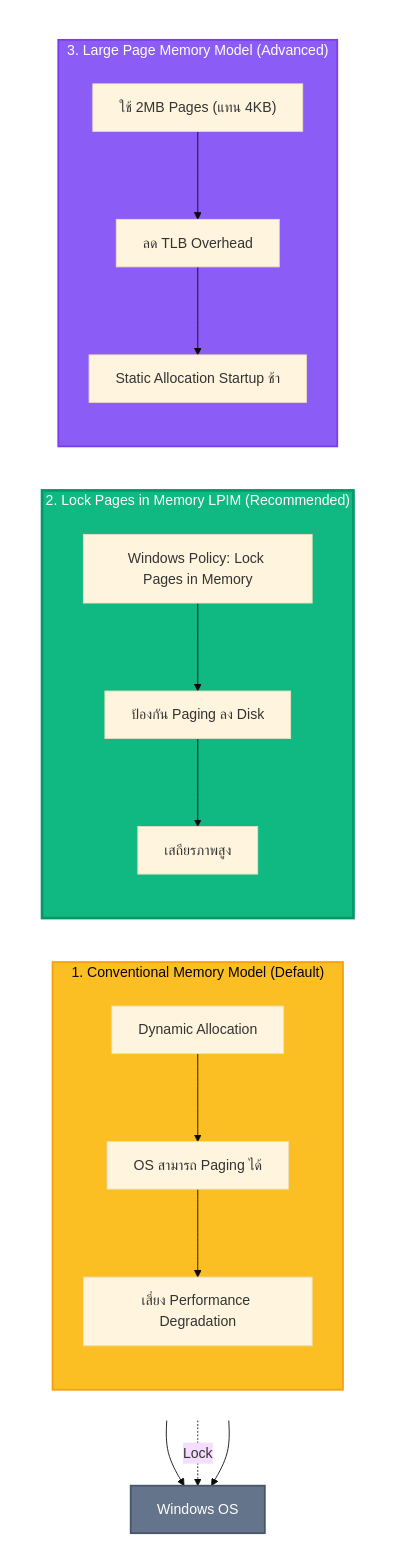
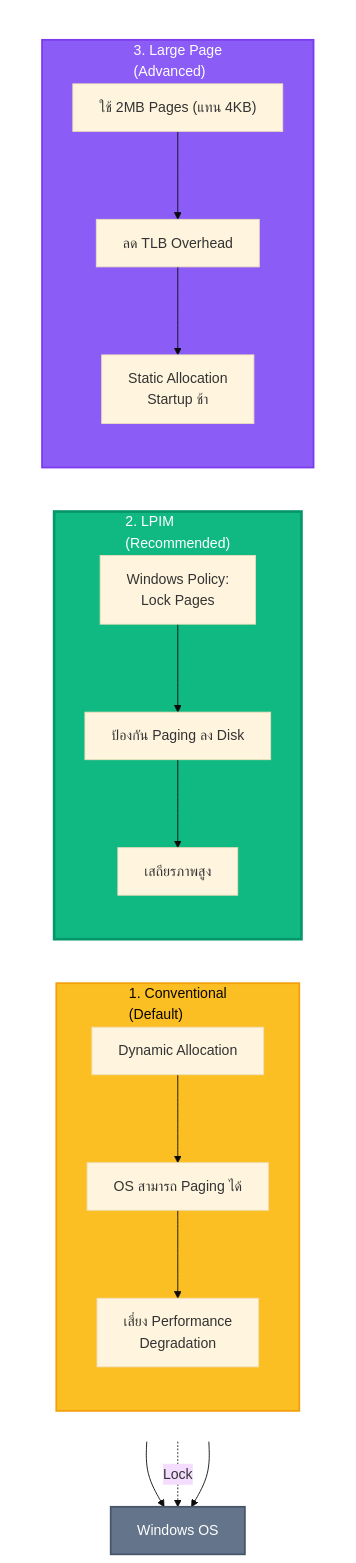
Before and after one commit to phakkhaphong/sql-server-performance-tuning: the second of 7 diagrams in Module_04_Memory/README.md, drawn with Mermaid (base theme). The commit also changed other lines of this file, not shown here.

Commit message:
Refactor README diagrams for SQL Server Memory Models, enhancing clarity by simplifying annotations, improving terminology consistency, and updating visual representations of memory allocation processes and performance indicators.

````diff
--- a/Module_04_Memory/README.md
+++ b/Module_04_Memory/README.md
@@ -82,41 +82,41 @@
 ```mermaid
 flowchart TB
     subgraph Row1[" "]
         direction LR
-        subgraph Conventional["1. Conventional Memory Model (Default)"]
+        subgraph Conventional["1. Conventional<br/>(Default)"]
             direction TB
             C1["Dynamic Allocation"]
             C2["OS สามารถ Paging ได้"]
-            C3["เสี่ยง Performance Degradation"]
+            C3["เสี่ยง Performance<br/>Degradation"]
             C1 --> C2 --> C3
         end
         
-        subgraph LPIM["2. Lock Pages in Memory LPIM (Recommended)"]
+        subgraph LPIM["2. LPIM<br/>(Recommended)"]
             direction TB
-            L1["Windows Policy: Lock Pages in Memory"]
+            L1["Windows Policy:<br/>Lock Pages"]
             L2["ป้องกัน Paging ลง Disk"]
             L3["เสถียรภาพสูง"]
             L1 --> L2 --> L3
         end
         
-        subgraph LargePage["3. Large Page Memory Model (Advanced)"]
+        subgraph LargePage["3. Large Page<br/>(Advanced)"]
             direction TB
             LP1["ใช้ 2MB Pages (แทน 4KB)"]
             LP2["ลด TLB Overhead"]
-            LP3["Static Allocation Startup ช้า"]
+            LP3["Static Allocation<br/>Startup ช้า"]
             LP1 --> LP2 --> LP3
         end
     end
     
     OS2["Windows OS"]
     
     C3 --> OS2
     L3 -.->|Lock| OS2
     LP3 --> OS2
     
     style Conventional fill:#fbbf24,stroke:#f59e0b,stroke-width:2px
     style LPIM fill:#10b981,stroke:#059669,stroke-width:3px,color:#fff
     style LargePage fill:#8b5cf6,stroke:#7c3aed,stroke-width:2px,color:#fff
     style OS2 fill:#64748b,stroke:#475569,stroke-width:2px,color:#fff
     style Row1 fill:transparent,stroke:transparent,color:transparent
 ```
````
